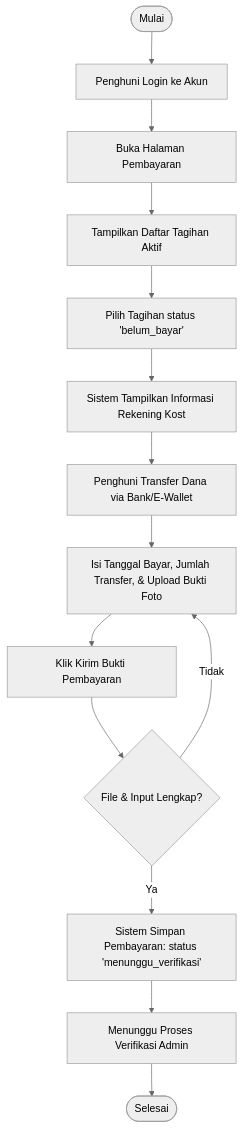
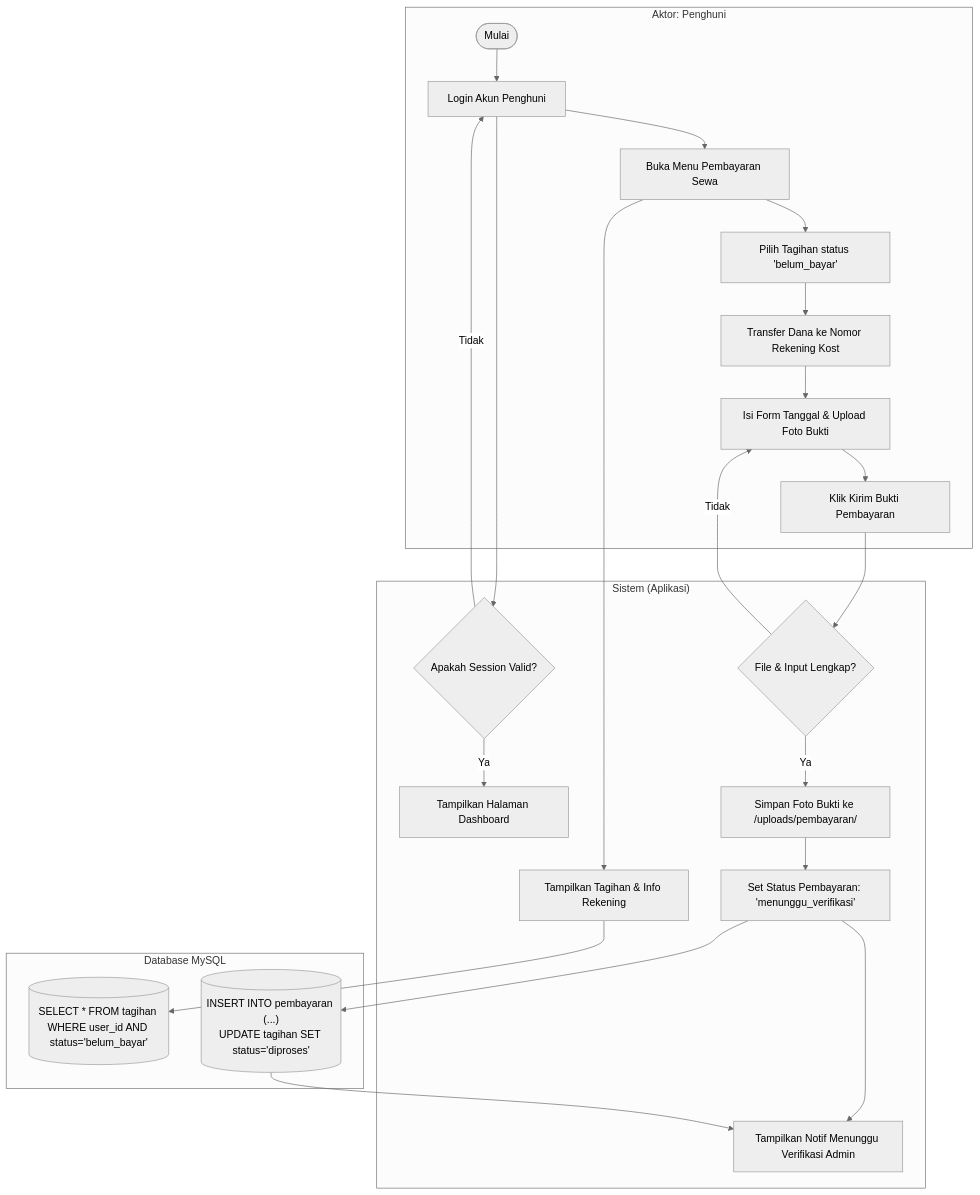
One commit to Raflysaputra20/EL-MISARAH changed the fifth of 10 diagrams in activity_diagrams.md. Above: the diagram before and after it, drawn with Mermaid (neutral theme). The commit also changed other lines of this file and 2 other files, not shown here.

````diff
--- a/activity_diagrams.md
+++ b/activity_diagrams.md
@@ -152,17 +226,31 @@
 ```mermaid
-flowchart TD
-    Start([Mulai]) --> LoginPenghuni[Penghuni Login ke Akun]
-    LoginPenghuni --> MenuPembayaran[Buka Halaman Pembayaran]
-    MenuPembayaran --> LihatTagihan[Tampilkan Daftar Tagihan Aktif]
-    LihatTagihan --> PilihTagihan[Pilih Tagihan status 'belum_bayar']
+flowchart TB
+    subgraph Aktor ["Aktor: Penghuni"]
+        Start2_1([Mulai]) --> LoginPenghuni2_1[Login Akun Penghuni]
+        LoginPenghuni2_1 --> BukaMenuBayar2_1[Buka Menu Pembayaran Sewa]
+        BukaMenuBayar2_1 --> PilihTagihan2_1[Pilih Tagihan status 'belum_bayar']
+        PilihTagihan2_1 --> TransferDana2_1[Transfer Dana ke Nomor Rekening Kost]
+        TransferDana2_1 --> FormUpload2_1[Isi Form Tanggal & Upload Foto Bukti]
+        FormUpload2_1 --> KlikKirim2_1[Klik Kirim Bukti Pembayaran]
+    end
     
-    PilihTagihan --> InfoBank[Sistem Tampilkan Informasi Rekening Kost]
-    InfoBank --> MelakukanTransfer[Penghuni Transfer Dana via Bank/E-Wallet]
-    MelakukanTransfer --> FormUpload[Isi Tanggal Bayar, Jumlah Transfer, & Upload Bukti Foto]
-    FormUpload --> SubmitBukti[Klik Kirim Bukti Pembayaran]
+    subgraph Sistem ["Sistem (Aplikasi)"]
+        LoginPenghuni2_1 --> CekSession2_1{Apakah Session Valid?}
+        CekSession2_1 -- Tidak --> LoginPenghuni2_1
+        CekSession2_1 -- Ya --> TampilkanDashboard2_1[Tampilkan Halaman Dashboard]
+        
+        BukaMenuBayar2_1 --> TampilkanTagihan2_1[Tampilkan Tagihan & Info Rekening]
+        KlikKirim2_1 --> ValidasiForm2_1{File & Input Lengkap?}
+        ValidasiForm2_1 -- Tidak --> FormUpload2_1
+        ValidasiForm2_1 -- Ya --> UploadBukti2_1[Simpan Foto Bukti ke /uploads/pembayaran/]
+        UploadBukti2_1 --> ProsesSimpan2_1[Set Status Pembayaran: 'menunggu_verifikasi']
+        ProsesSimpan2_1 --> SuksesKirim2_1[Tampilkan Notif Menunggu Verifikasi Admin]
+    end
     
-    SubmitBukti --> ValidasiForm{File & Input Lengkap?}
-    ValidasiForm -- Tidak --> FormUpload
-    ValidasiForm -- Ya --> SimpanPembayaran[Sistem Simpan Pembayaran: status 'menunggu_verifikasi']
-    SimpanPembayaran --> TungguAdmin[Menunggu Proses Verifikasi Admin] --> End([Selesai])
+    subgraph Database ["Database MySQL"]
+        TampilkanTagihan2_1 --> QueryTagihan2_1[("SELECT * FROM tagihan WHERE user_id AND status='belum_bayar'")]
+        ProsesSimpan2_1 --> DBInsertPembayaran2_1[("INSERT INTO pembayaran (...)<br/>UPDATE tagihan SET status='diproses'")]
+        
+        DBInsertPembayaran2_1 --> SuksesKirim2_1
+    end
 ```
````
